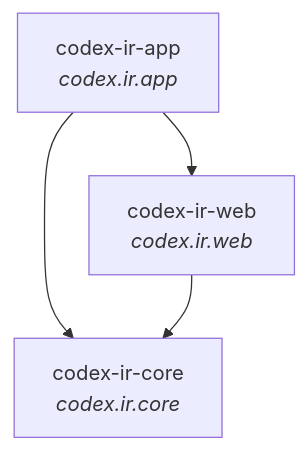
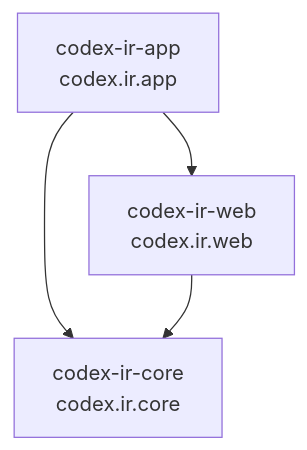
Before and after one commit to jsanca/myIR: the first of 5 diagrams in README.md, drawn with Mermaid. The commit also changed other lines of this file and 27 other files, not shown here.

````diff
--- a/README.md
+++ b/README.md
@@ -11,10 +27,10 @@
 ```mermaid
 graph TD
-    APP["codex-ir-app<br/><i>codex.ir.app</i>"]
-    WEB["codex-ir-web<br/><i>codex.ir.web</i>"]
-    CORE["codex-ir-core<br/><i>codex.ir.core</i>"]
+    APP["codex-ir-app<br/>codex.ir.app"]
+    WEB["codex-ir-web<br/>codex.ir.web"]
+    CORE["codex-ir-core<br/>codex.ir.core"]
 
     APP --> WEB
     APP --> CORE
     WEB --> CORE
 ```
````
